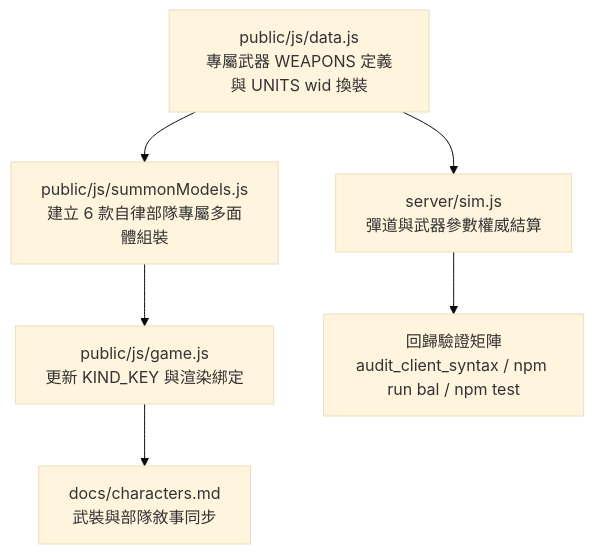
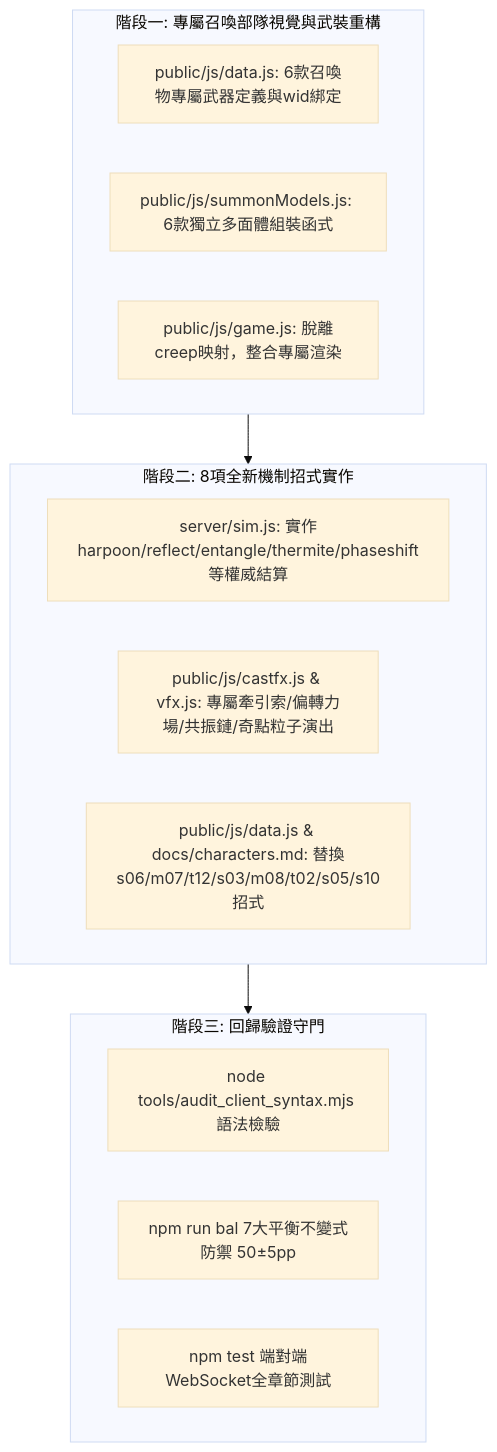
Before and after one commit to changweilin/steel_vs_swarm: the diagram in docs/plan_summon_units_redesign.md, drawn with Mermaid (base theme). The commit also changed other lines of this file, not shown here.

````diff
--- a/docs/plan_summon_units_redesign.md
+++ b/docs/plan_summon_units_redesign.md
@@ -96,8 +104,22 @@
 ```mermaid
 flowchart TD
-    A[public/js/data.js<br>專屬武器 WEAPONS 定義與 UNITS wid 換裝] --> B[public/js/summonModels.js<br>建立 6 款自律部隊專屬多面體組裝]
-    B --> C[public/js/game.js<br>更新 KIND_KEY 與渲染綁定]
-    A --> D[server/sim.js<br>彈道與武器參數權威結算]
-    C --> E[docs/characters.md<br>武裝與部隊敘事同步]
-    D --> F[回歸驗證矩陣<br>audit_client_syntax / npm run bal / npm test]
+    subgraph Phase1[階段一: 專屬召喚部隊視覺與武裝重構]
+        A1[public/js/data.js: 6款召喚物專屬武器定義與wid綁定]
+        A2[public/js/summonModels.js: 6款獨立多面體組裝函式]
+        A3[public/js/game.js: 脫離creep映射，整合專屬渲染]
+    end
+
+    subgraph Phase2[階段二: 8項全新機制招式實作]
+        B1[server/sim.js: 實作harpoon/reflect/entangle/thermite/phaseshift等權威結算]
+        B2[public/js/castfx.js & vfx.js: 專屬牽引索/偏轉力場/共振鏈/奇點粒子演出]
+        B3[public/js/data.js & docs/characters.md: 替換s06/m07/t12/s03/m08/t02/s05/s10招式]
+    end
+
+    subgraph Phase3[階段三: 回歸驗證守門]
+        C1[node tools/audit_client_syntax.mjs 語法檢驗]
+        C2[npm run bal 7大平衡不變式防禦 50±5pp]
+        C3[npm test 端對端WebSocket全章節測試]
+    end
+
+    Phase1 --> Phase2 --> Phase3
 ```
````
